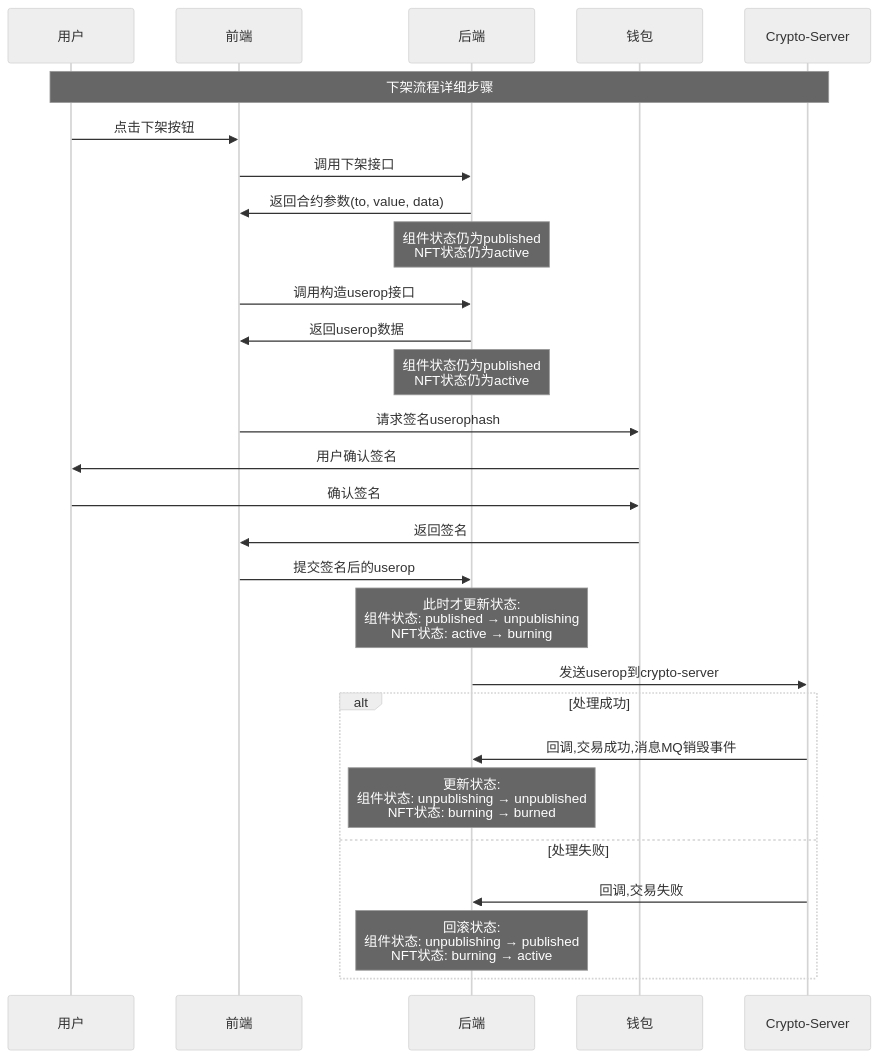
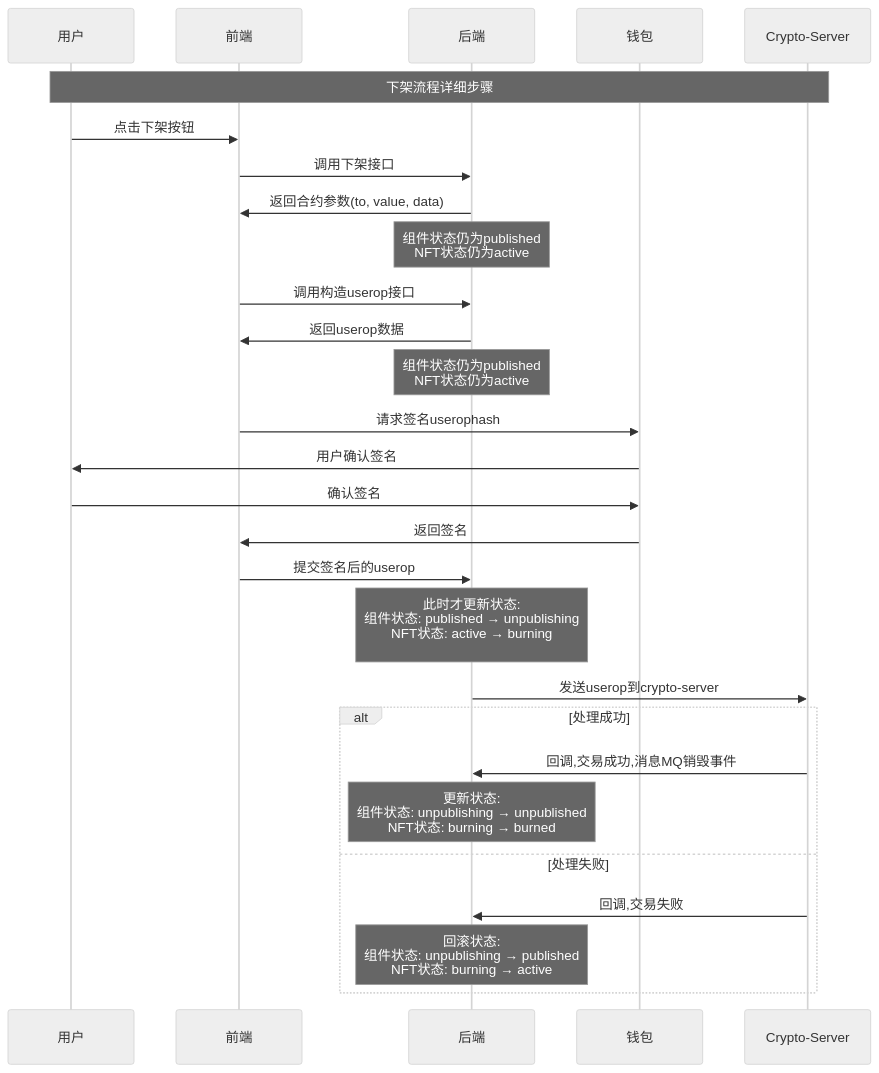
One commit to yingjianzh/iodraw-files changed the diagram in all/未命名-76.md. Above: the diagram before and after it, drawn with Mermaid (neutral theme).

Commit message:
2025-07-08 11:25:47 update

````diff
--- a/all/未命名-76.md
+++ b/all/未命名-76.md
@@ -1,36 +1,36 @@
 ```mermaid
 sequenceDiagram
     participant User as 用户
     participant Frontend as 前端
     participant Backend as 后端
     participant Wallet as 钱包
     participant CryptoServer as Crypto-Server
     
     Note over User,CryptoServer: 下架流程详细步骤
     
     User->>Frontend: 点击下架按钮
     Frontend->>Backend: 调用下架接口
     Backend->>Frontend: 返回合约参数(to, value, data)
     Note over Backend: 组件状态仍为published<br/>NFT状态仍为active
     
     Frontend->>Backend: 调用构造userop接口
     Backend->>Frontend: 返回userop数据
     Note over Backend: 组件状态仍为published<br/>NFT状态仍为active
     
     Frontend->>Wallet: 请求签名userophash
     Wallet->>User: 用户确认签名
     User->>Wallet: 确认签名
     Wallet->>Frontend: 返回签名
     
     Frontend->>Backend: 提交签名后的userop
-    Note over Backend: 此时才更新状态:<br/>组件状态: published → unpublishing<br/>NFT状态: active → burning 
+    Note over Backend: 此时才更新状态:<br/>组件状态: published → unpublishing<br/>NFT状态: active → burning <br/>
     Backend->>CryptoServer: 发送userop到crypto-server
     
     alt 处理成功
         CryptoServer->>Backend: 回调,交易成功,消息MQ销毁事件
         Note over Backend: 更新状态:<br/>组件状态: unpublishing → unpublished<br/>NFT状态: burning → burned
     else 处理失败
         CryptoServer->>Backend: 回调,交易失败
         Note over Backend: 回滚状态:<br/>组件状态: unpublishing → published<br/>NFT状态: burning → active
     end
 ```
````
